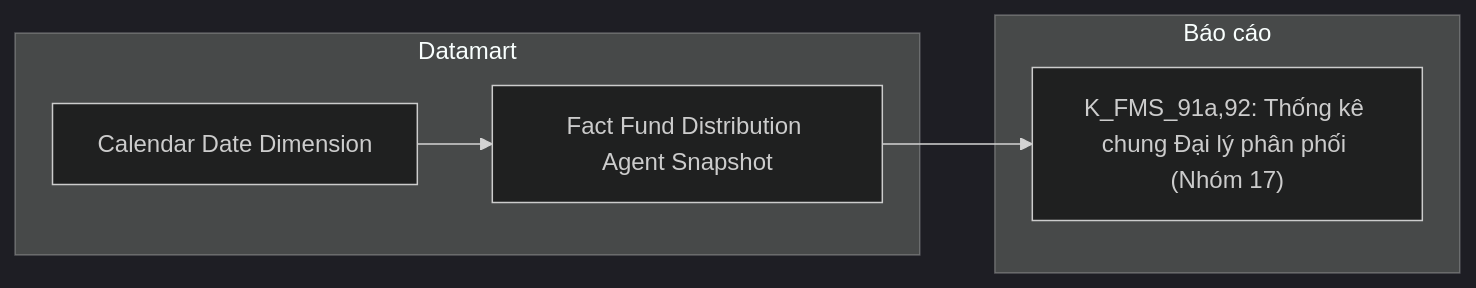
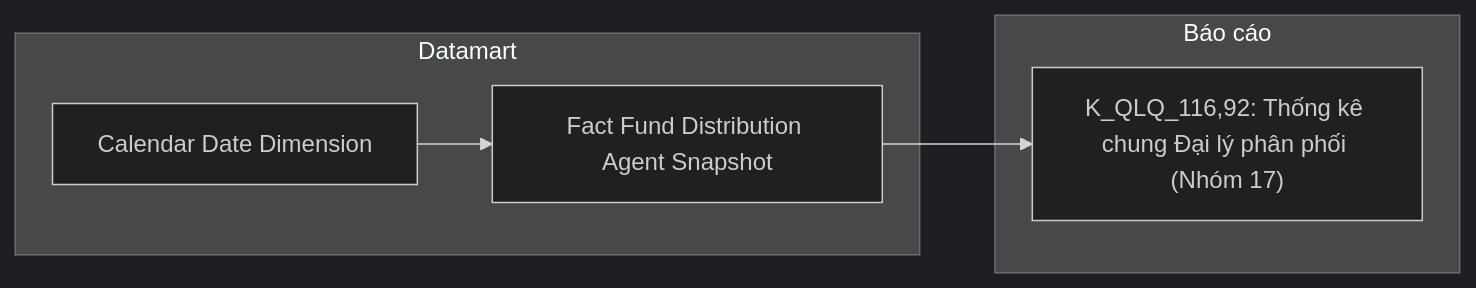
Diagram 28 of 37 in Datamart/hld/DTM_QLQ_HLD.md (linhlvit/ubck_atomic_design), drawn with Mermaid (dark theme) before and after one commit. The commit also changed other lines of this file and 5 other files, not shown here.

````diff
--- a/Datamart/hld/DTM_QLQ_HLD.md
+++ b/Datamart/hld/DTM_QLQ_HLD.md
@@ -1178,12 +1179,12 @@
 ```mermaid
 flowchart LR
     subgraph GOLD["Datamart"]
         G1["Fact Fund Distribution Agent Snapshot"]
         G2["Calendar Date Dimension"]
     end
     subgraph RPT["Báo cáo"]
-        R1["K_FMS_91a,92: Thống kê chung Đại lý phân phối (Nhóm 17)"]
+        R1["K_QLQ_116,92: Thống kê chung Đại lý phân phối (Nhóm 17)"]
     end
     G2 --> G1
     G1 --> R1
 ```
````
